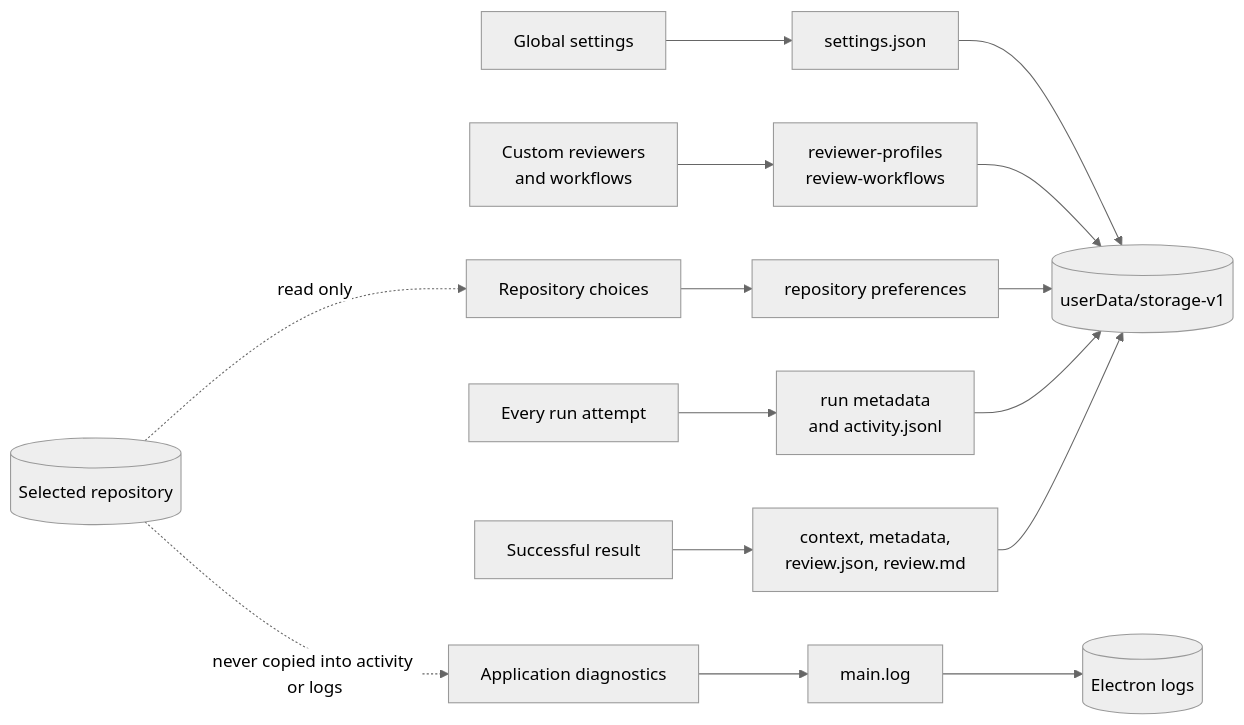
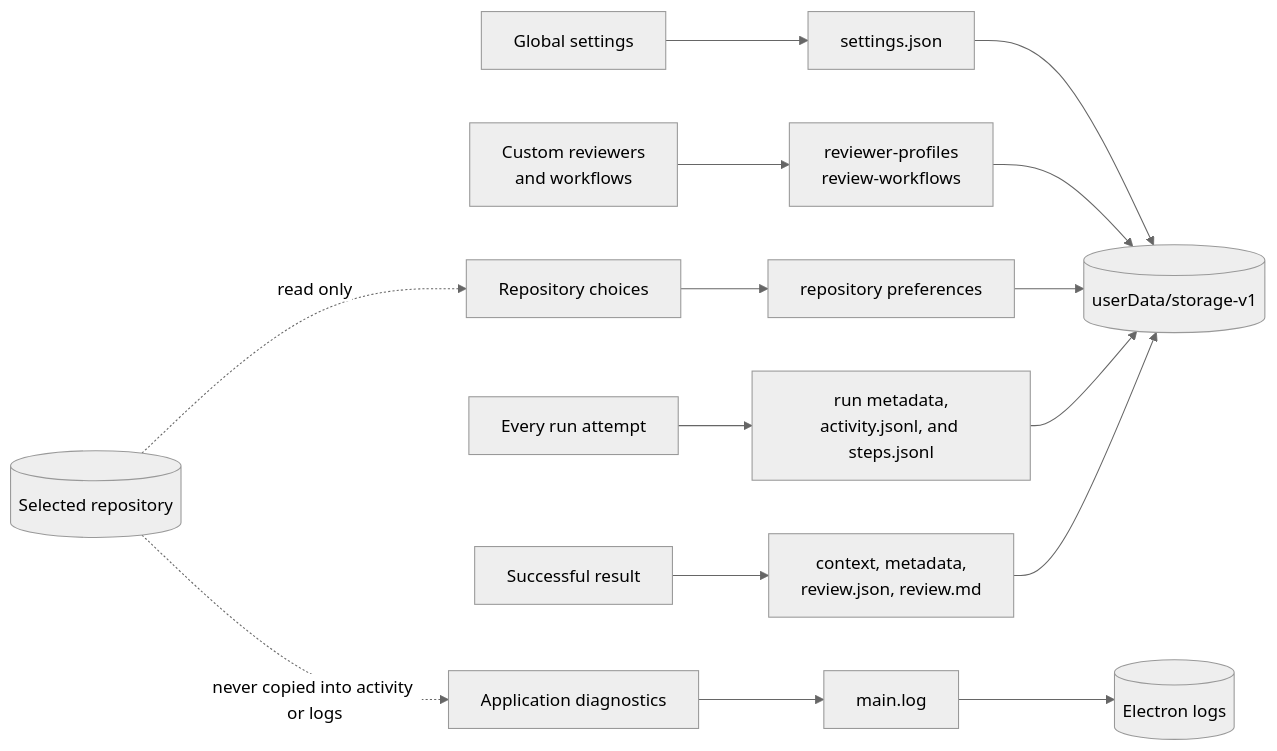
One commit to phillippbertram/revy changed the sixth of 7 diagrams in docs/architecture.md. Above: the diagram before and after it, drawn with Mermaid (neutral theme). The commit also changed other lines of this file and 14 other files, not shown here.

````diff
--- a/docs/architecture.md
+++ b/docs/architecture.md
@@ -360,19 +374,19 @@
 ```mermaid
 flowchart LR
     global[Global settings] --> settings[settings.json]
     custom[Custom reviewers<br/>and workflows] --> profiles[reviewer-profiles<br/>review-workflows]
     choice[Repository choices] --> preferences[repository preferences]
-    attempt[Every run attempt] --> runs[run metadata<br/>and activity.jsonl]
+    attempt[Every run attempt] --> runs[run metadata,<br/>activity.jsonl, and steps.jsonl]
     success[Successful result] --> reviews[context, metadata,<br/>review.json, review.md]
     diagnostics[Application diagnostics] --> logFile[main.log]
 
     settings --> userData[(userData/storage-v1)]
     profiles --> userData
     preferences --> userData
     runs --> userData
     reviews --> userData
     logFile --> logs[(Electron logs)]
 
     repository[(Selected repository)] -. read only .-> choice
     repository -. never copied into activity or logs .-> diagnostics
 ```
````
